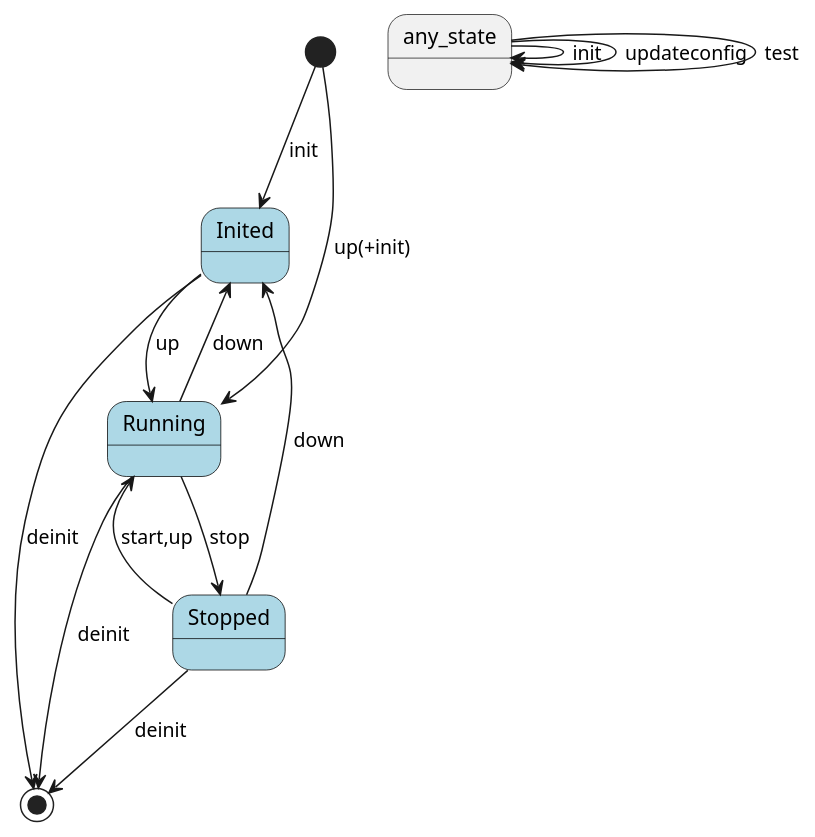
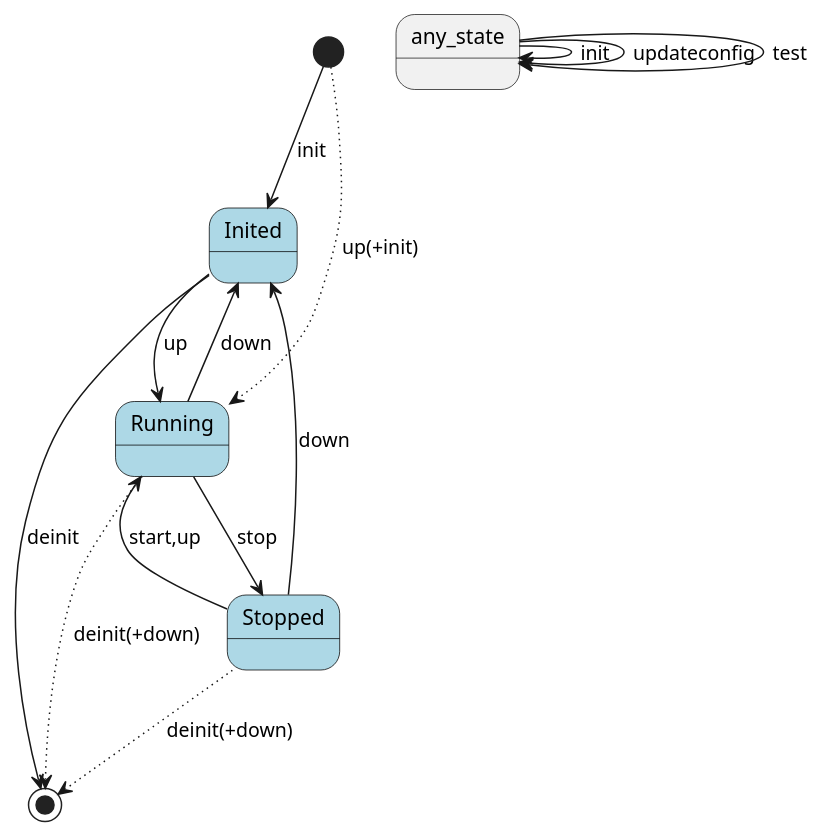
Before and after one commit to Cerulean-Circle-GmbH/MIMS: the diagram in qa/deploy/states.puml, drawn with PlantUML. The commit also changed 2 other files, not shown here.

```diff
--- a/qa/deploy/states.puml
+++ b/qa/deploy/states.puml
@@ -1,28 +1,28 @@
 @startuml
 skinparam state {
     BackgroundColor<<State>> LightBlue
     BorderColor<<State>> Black
     BackgroundColor<<Action>> LightGreen
     BorderColor<<Action>> Black
 }
 
 state "Inited" as Inited <<State>>
 state "Running" as Running <<State>>
 state "Stopped" as Stopped <<State>>
 
 [*] --> Inited : init
-[*] --> Running : up(+init)
+[*] -[dotted]-> Running : up(+init)
 Inited --> Running : up
 Stopped --> Running : start,up
 Running --> Stopped : stop
 Running --> Inited : down
 Stopped --> Inited : down
-Running --> [*] : deinit
+Running -[dotted]-> [*] : deinit(+down)
 Inited --> [*] : deinit
-Stopped --> [*] : deinit
+Stopped -[dotted]-> [*] : deinit(+down)
 
 any_state --> any_state : init
 any_state --> any_state : updateconfig
 any_state --> any_state : test
 
 @enduml
```
